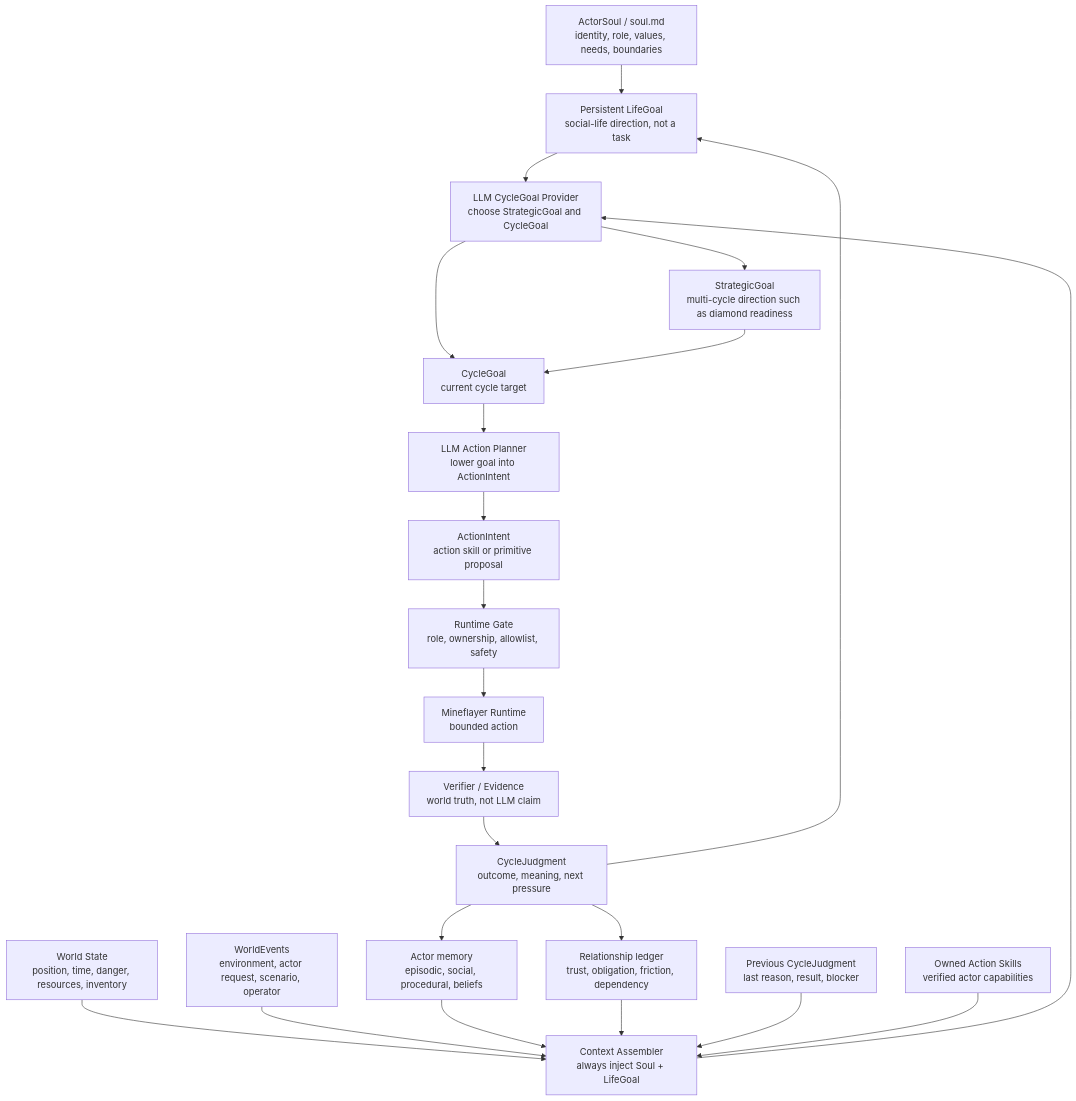
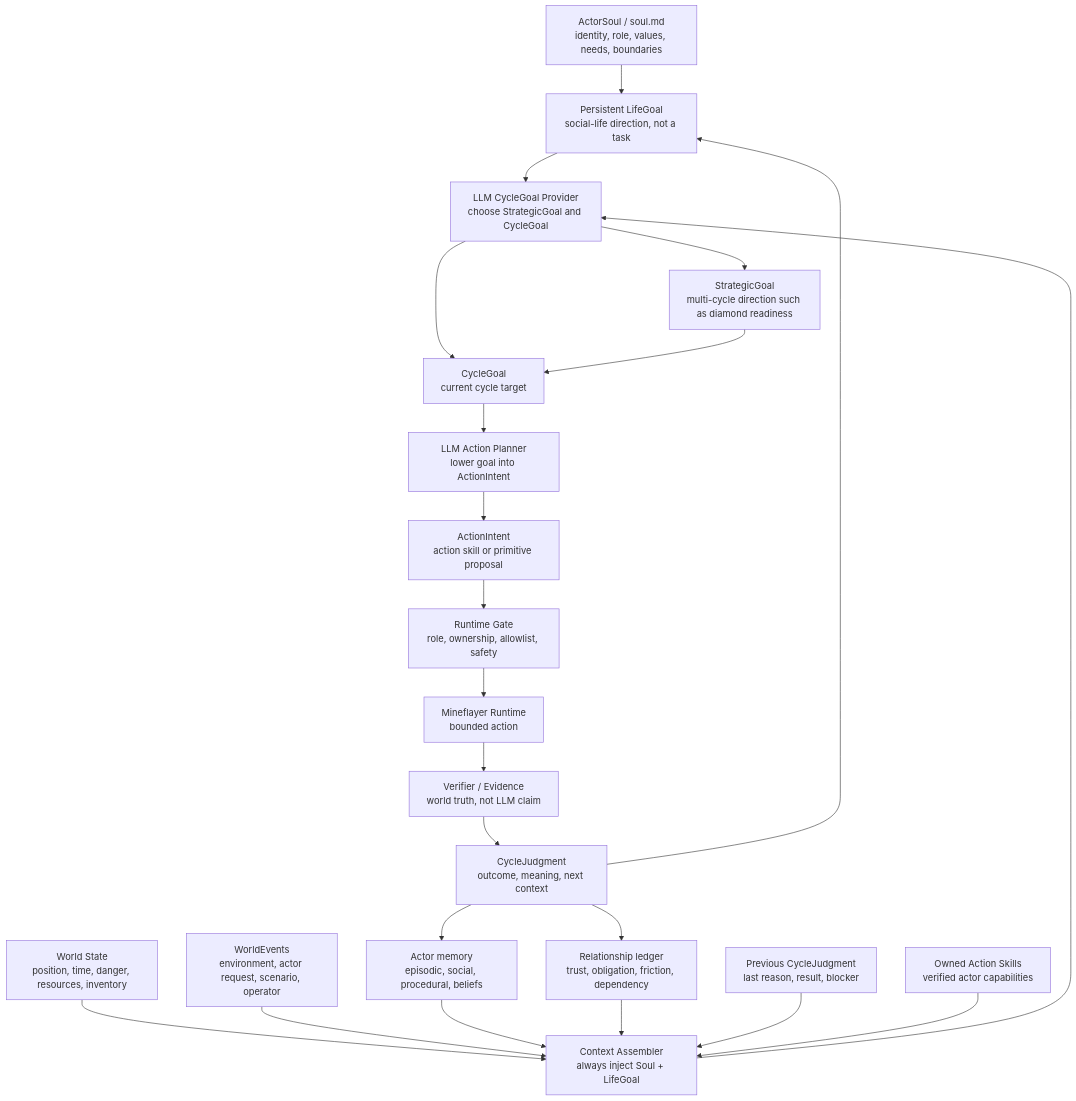
One commit to gigio1023/minecraft-llm-agent-community changed the first of 2 diagrams in docs/blog-doc/Architecture/Soul-Life-Goal-Runtime-Architecture.md. Above: the diagram before and after it, drawn with Mermaid. The commit also changed other lines of this file and 83 other files, not shown here.

Commit message:
runtime: align observation context architecture

````diff
--- a/docs/blog-doc/Architecture/Soul-Life-Goal-Runtime-Architecture.md
+++ b/docs/blog-doc/Architecture/Soul-Life-Goal-Runtime-Architecture.md
@@ -325,24 +326,24 @@
 ```mermaid
 flowchart TB
   Soul["ActorSoul / soul.md<br/>identity, role, values, needs, boundaries"] --> LifeGoal["Persistent LifeGoal<br/>social-life direction, not a task"]
   LifeGoal --> CycleGoalProvider["LLM CycleGoal Provider<br/>choose StrategicGoal and CycleGoal"]
   World["World State<br/>position, time, danger, resources, inventory"] --> Context["Context Assembler<br/>always inject Soul + LifeGoal"]
   Events["WorldEvents<br/>environment, actor request, scenario, operator"] --> Context
   Memory["Actor memory<br/>episodic, social, procedural, beliefs"] --> Context
   Relations["Relationship ledger<br/>trust, obligation, friction, dependency"] --> Context
   Prev["Previous CycleJudgment<br/>last reason, result, blocker"] --> Context
   Skills["Owned Action Skills<br/>verified actor capabilities"] --> Context
   Context --> CycleGoalProvider
   CycleGoalProvider --> StrategicGoal["StrategicGoal<br/>multi-cycle direction such as diamond readiness"]
   CycleGoalProvider --> CycleGoal["CycleGoal<br/>current cycle target"]
   StrategicGoal --> CycleGoal
   CycleGoal --> ActionPlanner["LLM Action Planner<br/>lower goal into ActionIntent"]
   ActionPlanner --> Intent["ActionIntent<br/>action skill or primitive proposal"]
   Intent --> Gate["Runtime Gate<br/>role, ownership, allowlist, safety"]
   Gate --> Runner["Mineflayer Runtime<br/>bounded action"]
   Runner --> Verifier["Verifier / Evidence<br/>world truth, not LLM claim"]
-  Verifier --> Judgment["CycleJudgment<br/>outcome, meaning, next pressure"]
+  Verifier --> Judgment["CycleJudgment<br/>outcome, meaning, next context"]
   Judgment --> Memory
   Judgment --> Relations
   Judgment --> LifeGoal
 ```
````
